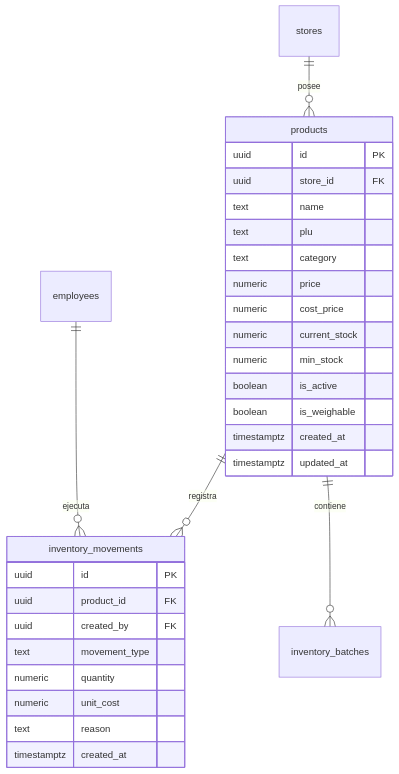
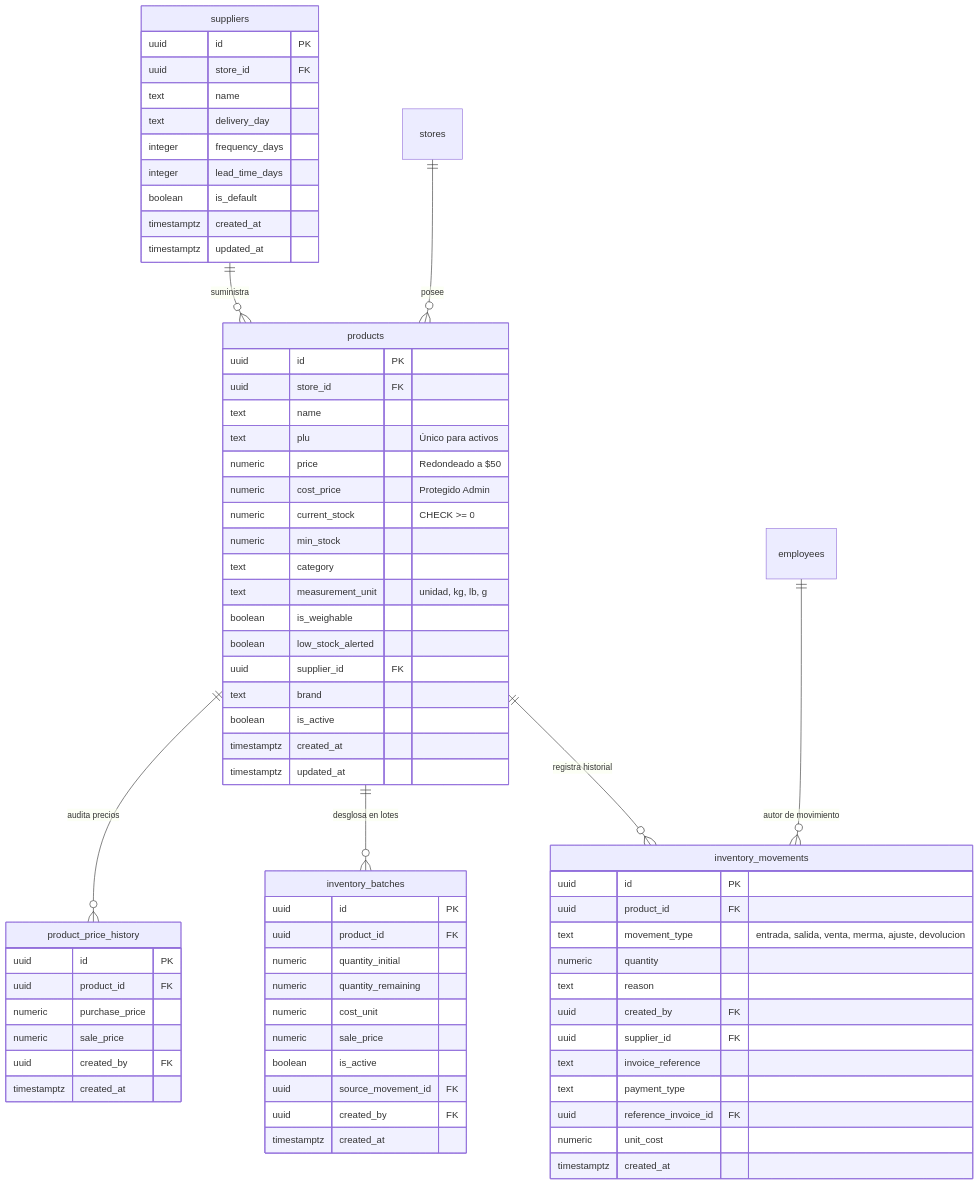
One commit to YamirJCF/tienda-barrio-pro changed the fifth of 5 diagrams in documentation/01_requirements/SDD/SDD_006_NUCLEO_INVENTARIO_PADRE.md. Above: the diagram before and after it, drawn with Mermaid. The commit also changed other lines of this file, not shown here.

````diff
--- a/documentation/01_requirements/SDD/SDD_006_NUCLEO_INVENTARIO_PADRE.md
+++ b/documentation/01_requirements/SDD/SDD_006_NUCLEO_INVENTARIO_PADRE.md
@@ -261,34 +381,78 @@
 ```mermaid
 erDiagram
     stores ||--o{ products : "posee"
-    products ||--o{ inventory_movements : "registra"
-    products ||--o{ inventory_batches : "contiene"
-    employees ||--o{ inventory_movements : "ejecuta"
+    suppliers ||--o{ products : "suministra"
+    products ||--o{ inventory_movements : "registra historial"
+    products ||--o{ inventory_batches : "desglosa en lotes"
+    products ||--o{ product_price_history : "audita precios"
+    employees ||--o{ inventory_movements : "autor de movimiento"
 
     products {
         uuid id PK
         uuid store_id FK
         text name
-        text plu
+        text plu "Único para activos"
+        numeric price "Redondeado a $50"
+        numeric cost_price "Protegido Admin"
+        numeric current_stock "CHECK >= 0"
+        numeric min_stock
         text category
-        numeric price
-        numeric cost_price
-        numeric current_stock
-        numeric min_stock
+        text measurement_unit "unidad, kg, lb, g"
+        boolean is_weighable
+        boolean low_stock_alerted
+        uuid supplier_id FK
+        text brand
         boolean is_active
-        boolean is_weighable
         timestamptz created_at
         timestamptz updated_at
     }
 
     inventory_movements {
         uuid id PK
         uuid product_id FK
+        text movement_type "entrada, salida, venta, merma, ajuste, devolucion"
+        numeric quantity
+        text reason
         uuid created_by FK
-        text movement_type
-        numeric quantity
+        uuid supplier_id FK
+        text invoice_reference
+        text payment_type
+        uuid reference_invoice_id FK
         numeric unit_cost
-        text reason
+        timestamptz created_at
+    }
+
+    inventory_batches {
+        uuid id PK
+        uuid product_id FK
+        numeric quantity_initial
+        numeric quantity_remaining
+        numeric cost_unit
+        numeric sale_price
+        boolean is_active
+        uuid source_movement_id FK
+        uuid created_by FK
+        timestamptz created_at
+    }
+
+    suppliers {
+        uuid id PK
+        uuid store_id FK
+        text name
+        text delivery_day
+        integer frequency_days
+        integer lead_time_days
+        boolean is_default
+        timestamptz created_at
+        timestamptz updated_at
+    }
+
+    product_price_history {
+        uuid id PK
+        uuid product_id FK
+        numeric purchase_price
+        numeric sale_price
+        uuid created_by FK
         timestamptz created_at
     }
 ```
````
